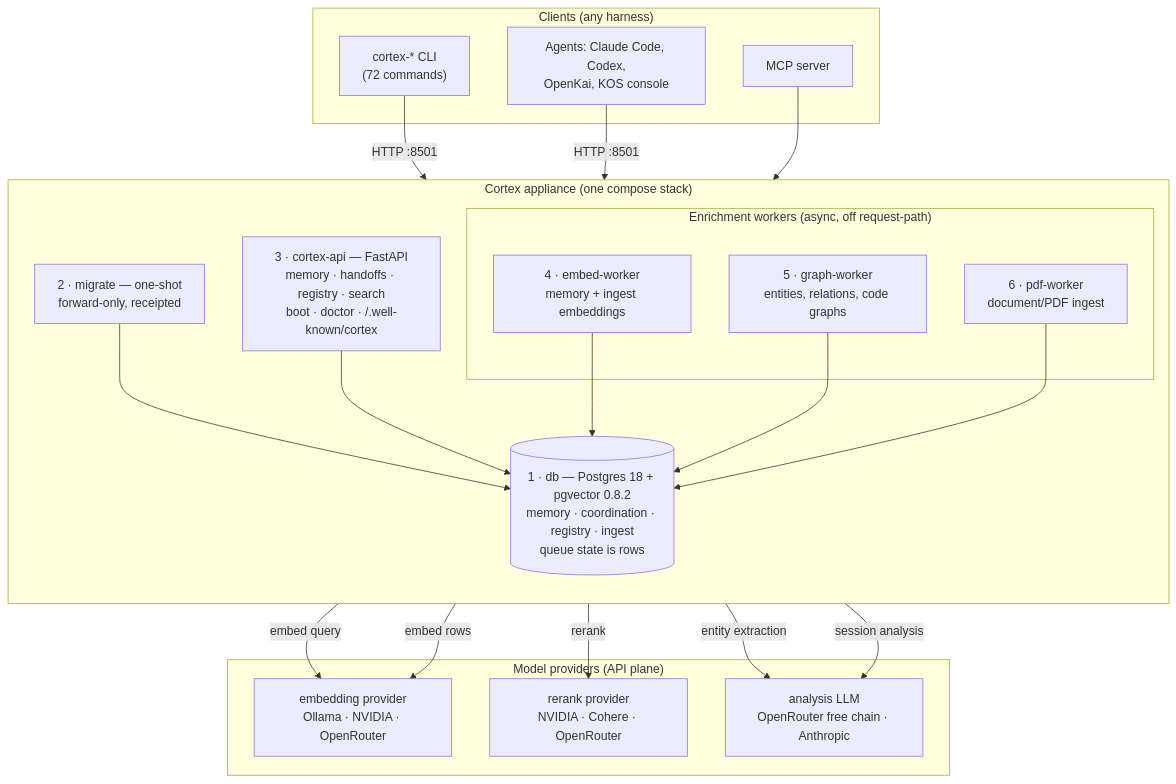
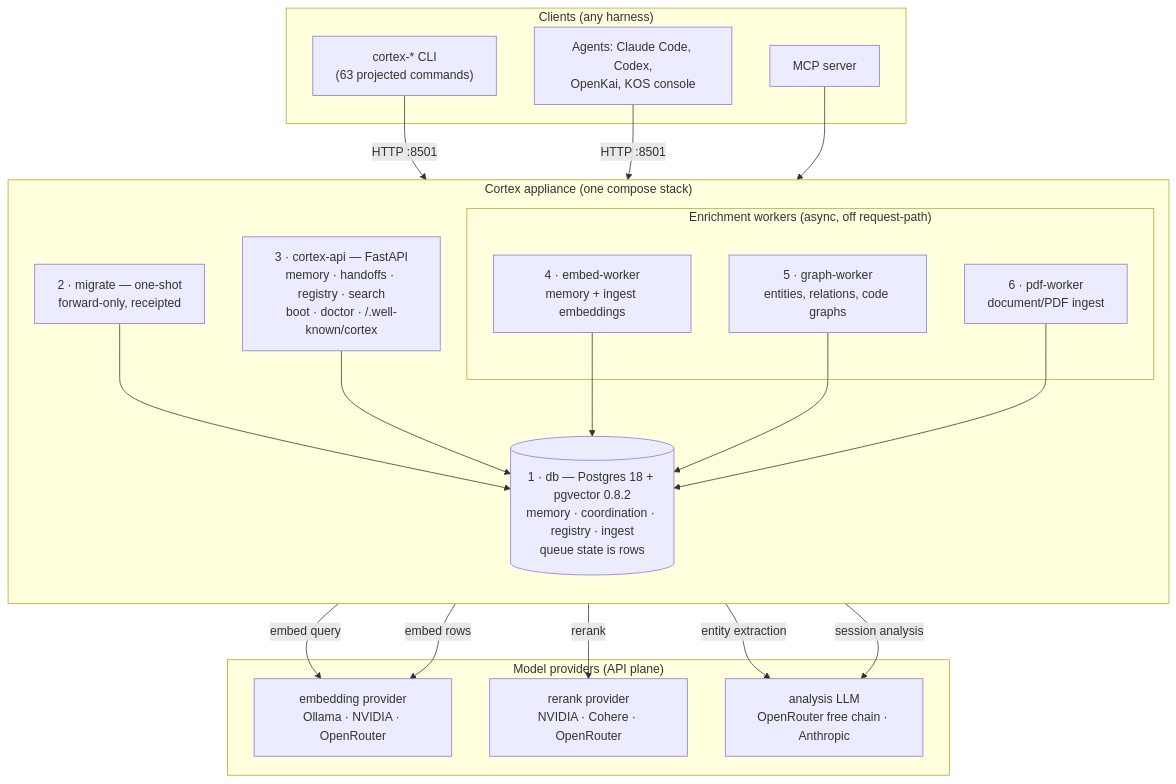
One commit to Kaidera-AI/cortex changed the first of 6 diagrams in docs/guides/cortex-guide.md. Above: the diagram before and after it, drawn with Mermaid. The commit also changed other lines of this file and 5 other files, not shown here.

````diff
--- a/docs/guides/cortex-guide.md
+++ b/docs/guides/cortex-guide.md
@@ -111,40 +114,40 @@
 ```mermaid
 flowchart TB
     subgraph clients["Clients (any harness)"]
-        CLI["cortex-* CLI<br/>(72 commands)"]
+        CLI["cortex-* CLI<br/>(63 projected commands)"]
         AGT["Agents: Claude Code, Codex,<br/>OpenKai, KOS console"]
         MCP["MCP server"]
     end
 
     subgraph appliance["Cortex appliance (one compose stack)"]
         direction TB
         API["3 · cortex-api — FastAPI<br/>memory · handoffs · registry · search<br/>boot · doctor · /.well-known/cortex"]
         MIG["2 · migrate — one-shot<br/>forward-only, receipted"]
         subgraph workers["Enrichment workers (async, off request-path)"]
             EW["4 · embed-worker<br/>memory + ingest embeddings"]
             GW["5 · graph-worker<br/>entities, relations, code graphs"]
             PW["6 · pdf-worker<br/>document/PDF ingest"]
         end
         DB[("1 · db — Postgres 18 + pgvector 0.8.2<br/>memory · coordination · registry · ingest<br/>queue state is rows")]
         MIG --> DB
         API --> DB
         EW --> DB
         GW --> DB
         PW --> DB
     end
 
     subgraph providers["Model providers (API plane)"]
         EMBP["embedding provider<br/>Ollama · NVIDIA · OpenRouter"]
         RRP["rerank provider<br/>NVIDIA · Cohere · OpenRouter"]
         LLMP["analysis LLM<br/>OpenRouter free chain · Anthropic"]
     end
 
     CLI -->|HTTP :8501| API
     AGT -->|HTTP :8501| API
     MCP --> API
     API -->|embed query| EMBP
     API -->|rerank| RRP
     EW -->|embed rows| EMBP
     GW -->|entity extraction| LLMP
     API -->|session analysis| LLMP
 ```
````
